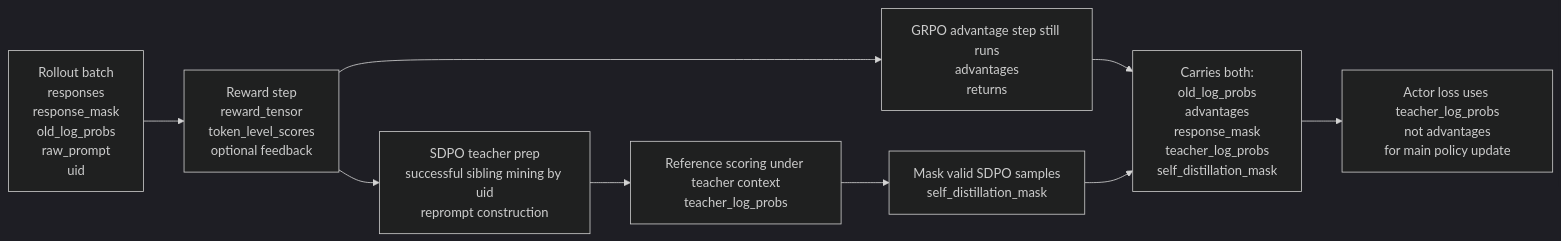
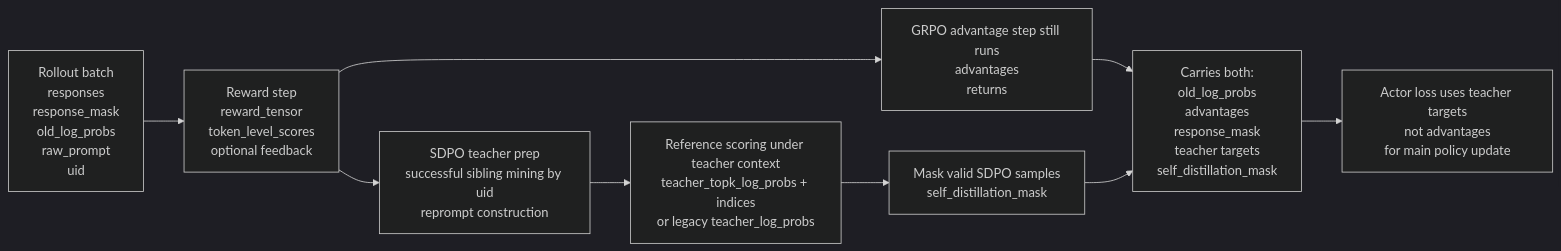
One commit to zhoutong-hai/verl changed the fifth of 6 diagrams in sdpo-megatron/IMPLEMENTATION_DESIGN.md. Above: the diagram before and after it, drawn with Mermaid (dark theme). The commit also changed other lines of this file, not shown here.

````diff
--- a/sdpo-megatron/IMPLEMENTATION_DESIGN.md
+++ b/sdpo-megatron/IMPLEMENTATION_DESIGN.md
@@ -172,11 +185,11 @@
 ```mermaid
 flowchart LR
     S1["Rollout batch<br/>responses<br/>response_mask<br/>old_log_probs<br/>raw_prompt<br/>uid"] --> S2["Reward step<br/>reward_tensor<br/>token_level_scores<br/>optional feedback"]
     S2 --> S3["GRPO advantage step still runs<br/>advantages<br/>returns"]
     S2 --> S4["SDPO teacher prep<br/>successful sibling mining by uid<br/>reprompt construction"]
-    S4 --> S5["Reference scoring under teacher context<br/>teacher_log_probs"]
+    S4 --> S5["Reference scoring under teacher context<br/>teacher_topk_log_probs + indices<br/>or legacy teacher_log_probs"]
     S5 --> S6["Mask valid SDPO samples<br/>self_distillation_mask"]
     S3 --> S7["Final actor batch in SDPO mode"]
     S6 --> S7
-    S7["Carries both:<br/>old_log_probs<br/>advantages<br/>response_mask<br/>teacher_log_probs<br/>self_distillation_mask"] --> S8["Actor loss uses teacher_log_probs<br/>not advantages<br/>for main policy update"]
+    S7["Carries both:<br/>old_log_probs<br/>advantages<br/>response_mask<br/>teacher targets<br/>self_distillation_mask"] --> S8["Actor loss uses teacher targets<br/>not advantages<br/>for main policy update"]
 ```
````
